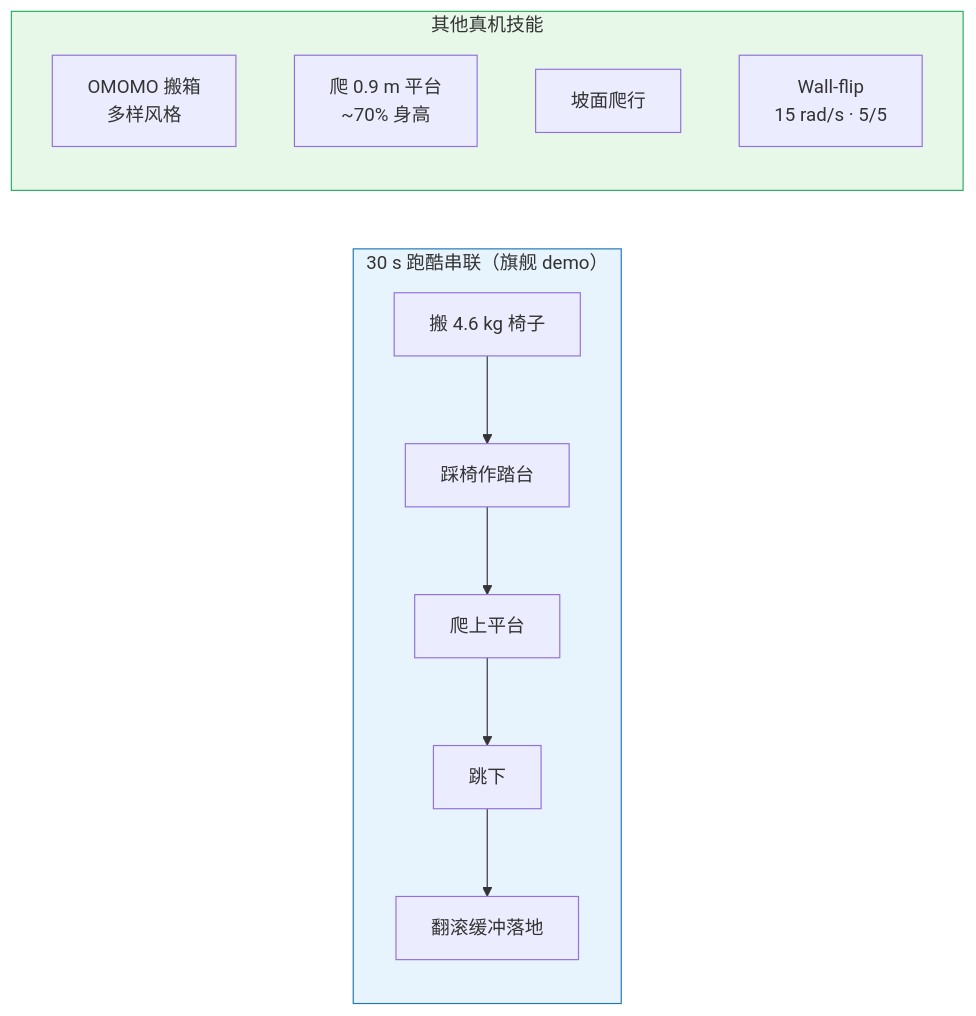
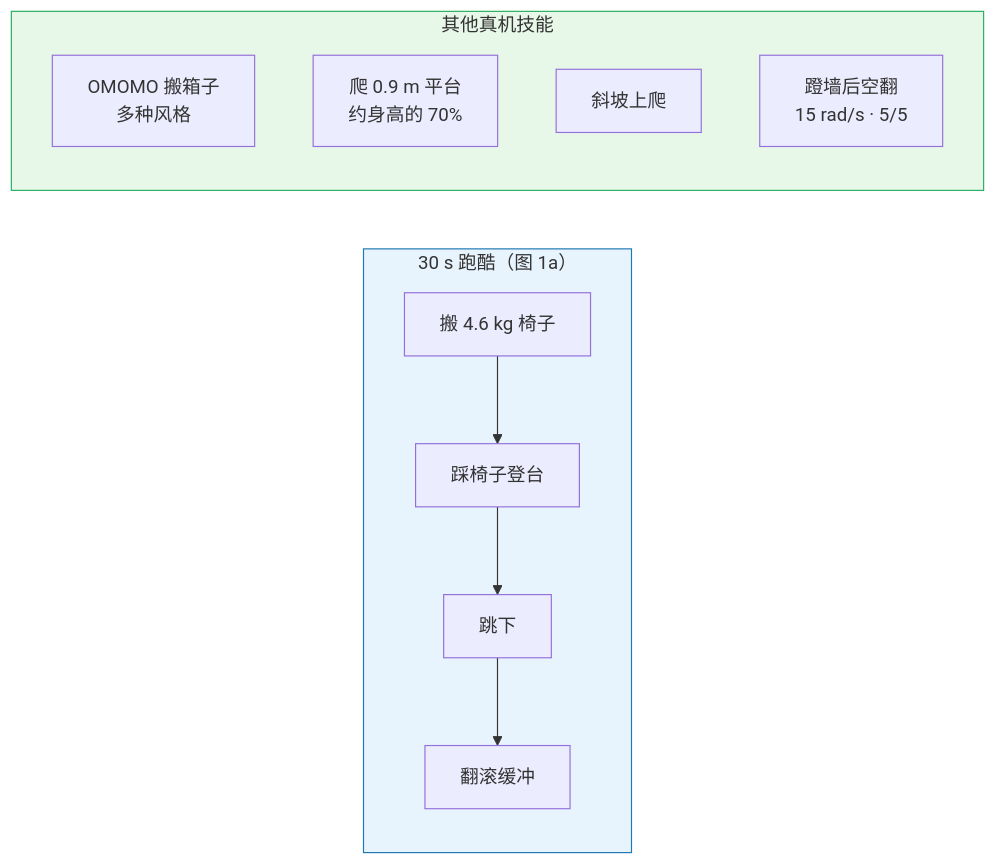
Before and after one commit to ImChong/Robot_Learning_Paper_Notebooks: the fourth of 6 diagrams in papers/02_Motion_Retargeting/OmniRetarget__Interaction-Preserving_Data_Generation_for_Humanoid_Whole-Body_Loc/OmniRetarget__Interaction-Preserving_Data_Generation_for_Humanoid_Whole-Body_Loc.md, drawn with Mermaid. The commit also changed other lines of this file, not shown here.

```diff
--- a/papers/02_Motion_Retargeting/OmniRetarget__Interaction-Preserving_Data_Generation_for_Humanoid_Whole-Body_Loc/OmniRetarget__Interaction-Preserving_Data_Generation_for_Humanoid_Whole-Body_Loc.md
+++ b/papers/02_Motion_Retargeting/OmniRetarget__Interaction-Preserving_Data_Generation_for_Humanoid_Whole-Body_Loc/OmniRetarget__Interaction-Preserving_Data_Generation_for_Humanoid_Whole-Body_Loc.md
@@ -719,19 +422,18 @@
 <div class="mermaid">
 flowchart LR
-    subgraph PARKOUR["30 s 跑酷串联（旗舰 demo）"]
-        P1["搬 4.6 kg 椅子"] --> P2["踩椅作踏台"]
-        P2 --> P3["爬上平台"]
-        P3 --> P4["跳下"]
-        P4 --> P5["翻滚缓冲落地"]
+    subgraph PARKOUR["30 s 跑酷（图 1a）"]
+        P1["搬 4.6 kg 椅子"] --> P2["踩椅子登台"]
+        P2 --> P3["跳下"]
+        P3 --> P4["翻滚缓冲"]
     end
 
     subgraph SKILLS["其他真机技能"]
-        S1["OMOMO 搬箱<br/>多样风格"]
-        S2["爬 0.9 m 平台<br/>~70% 身高"]
-        S3["坡面爬行"]
-        S4["Wall-flip<br/>15 rad/s · 5/5"]
+        S1["OMOMO 搬箱子<br/>多种风格"]
+        S2["爬 0.9 m 平台<br/>约身高的 70%"]
+        S3["斜坡上爬"]
+        S4["蹬墙后空翻<br/>15 rad/s · 5/5"]
     end
 
     style PARKOUR fill:#e8f4fd,stroke:#1f78b4
     style SKILLS fill:#e8f8e8,stroke:#27ae60
 </div>
```
